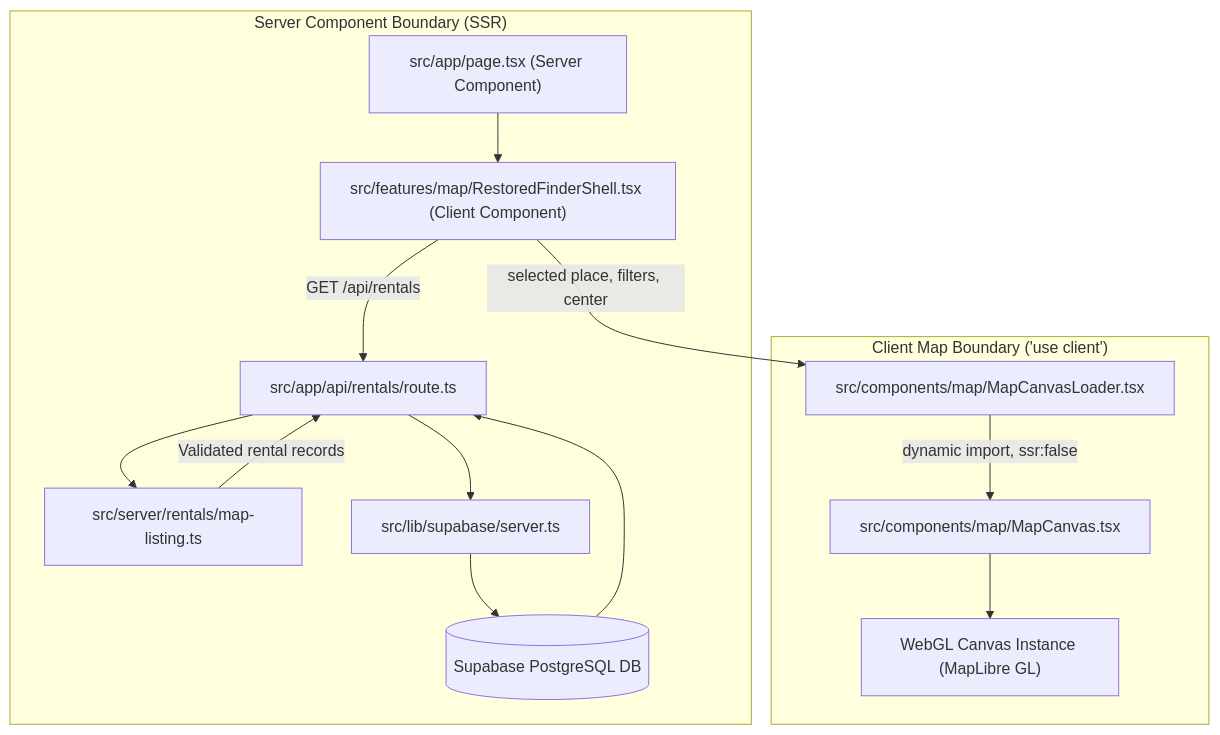
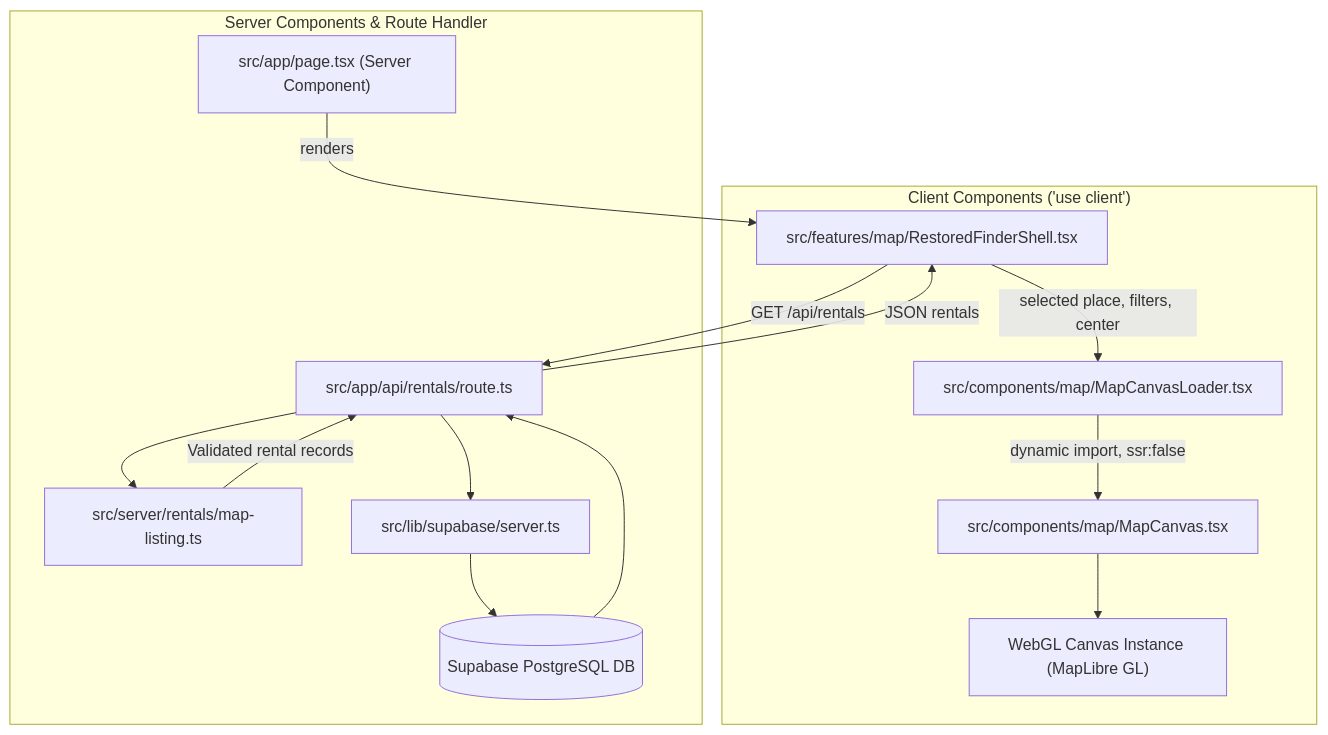
The diagram in docs/architecture/client-server-boundaries.md (hermarDev/Abang_Cebu_AI_Group2), drawn with Mermaid before and after one commit. The commit also changed 1 other file, not shown here.

Commit message:
docs: align client server boundary diagram

````diff
--- a/docs/architecture/client-server-boundaries.md
+++ b/docs/architecture/client-server-boundaries.md
@@ -35,25 +35,26 @@
 ```mermaid
 flowchart TD
-    subgraph ServerSide["Server Component Boundary (SSR)"]
+    subgraph ServerSide["Server Components & Route Handler"]
         Page["src/app/page.tsx (Server Component)"]
-        Finder["src/features/map/RestoredFinderShell.tsx (Client Component)"]
         API["src/app/api/rentals/route.ts"]
         Query["src/server/rentals/map-listing.ts"]
         SupabaseClient["src/lib/supabase/server.ts"]
         SupabaseDB[("Supabase PostgreSQL DB")]
 
-        Page --> Finder
-        Finder -->|GET /api/rentals| API
         API --> SupabaseClient
         SupabaseClient --> SupabaseDB
         SupabaseDB --> API
         API --> Query
         Query -->|Validated rental records| API
     end
 
-    subgraph ClientBoundary["Client Map Boundary ('use client')"]
+    subgraph ClientBoundary["Client Components ('use client')"]
+        Finder["src/features/map/RestoredFinderShell.tsx"]
+        Page -->|renders| Finder
+        Finder -->|GET /api/rentals| API
+        API -->|JSON rentals| Finder
         Finder -->|selected place, filters, center| Loader["src/components/map/MapCanvasLoader.tsx"]
         Loader -->|dynamic import, ssr:false| Canvas["src/components/map/MapCanvas.tsx"]
         Canvas --> MapLibreCanvas["WebGL Canvas Instance (MapLibre GL)"]
     end
 ```
````
